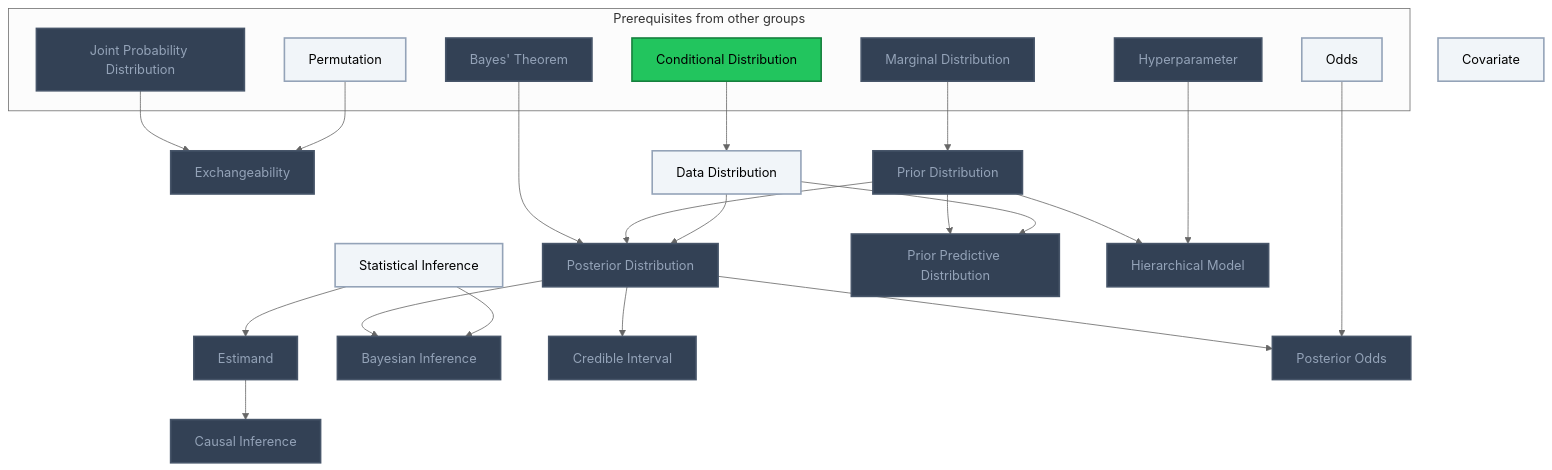
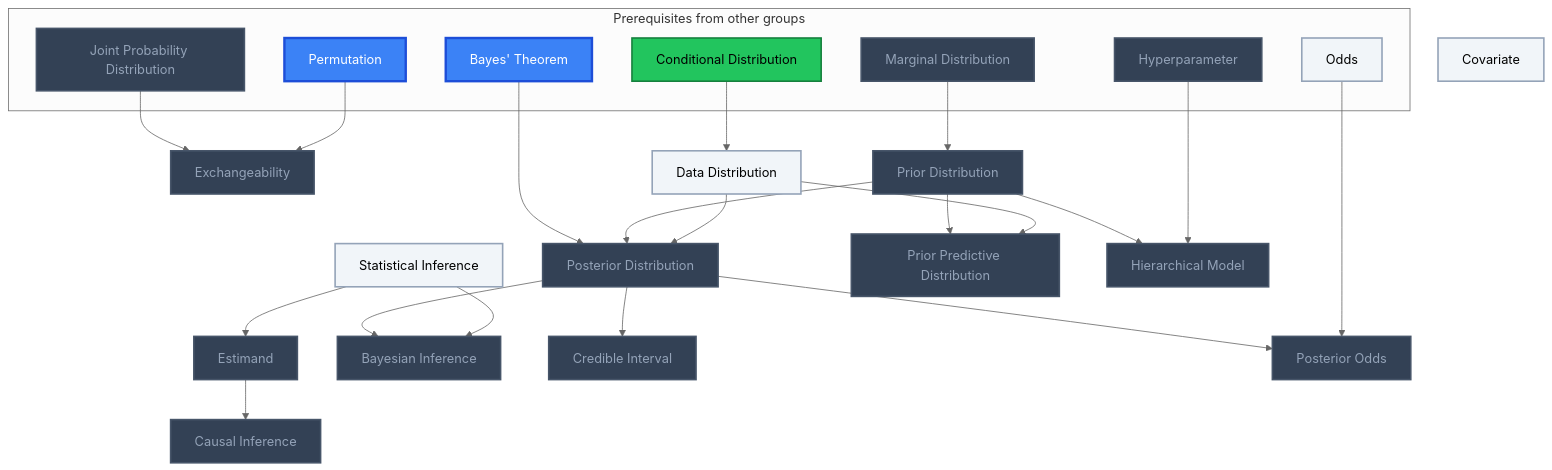
Before and after one commit to MRauf1/My-Notes: the third of 6 diagrams in Gamification/Skill Trees/Bayesian Statistics.md, drawn with Mermaid (neutral theme). The commit also changed other lines of this file and 145 other files, not shown here.

````diff
--- a/Gamification/Skill Trees/Bayesian Statistics.md
+++ b/Gamification/Skill Trees/Bayesian Statistics.md
@@ -68,56 +68,57 @@
 ```mermaid
 flowchart TD
     classDef planned fill:#1E293B,stroke:#64748B,stroke-width:2px,stroke-dasharray:5 5,color:#94A3B8;
     classDef locked fill:#334155,stroke:#475569,stroke-width:2px,color:#94A3B8;
     classDef L0 fill:#F1F5F9,stroke:#94A3B8,stroke-width:2px,color:#000000;
     classDef L1 fill:#22C55E,stroke:#15803D,stroke-width:2px,color:#000000;
     classDef L2 fill:#3B82F6,stroke:#1D4ED8,stroke-width:3px,color:#FFFFFF;
     classDef L3 fill:#A855F7,stroke:#6B21A8,stroke-width:3px,color:#FFFFFF,font-weight:bold;
     classDef L4 fill:#F97316,stroke:#C2410C,stroke-width:4px,color:#000000,font-weight:bold;
     classDef L5 fill:#FFD700,stroke:#FF8C00,stroke-width:5px,color:#000000,font-weight:bold;
     classDef rusty stroke:#8B4513,stroke-width:4px,stroke-dasharray:3 3;
     subgraph sg_prereqs["Prerequisites from other groups"]
         n_joint_probability_distribution["Joint Probability Distribution"]
         n_permutation["Permutation"]
         n_conditional_distribution["Conditional Distribution"]
         n_marginal_distribution["Marginal Distribution"]
         n_bayes_theorem["Bayes' Theorem"]
         n_odds["Odds"]
         n_hyperparameter["Hyperparameter"]
     end
     n_statistical_inference["Statistical Inference"]
     n_estimand["Estimand"]
     n_causal_inference["Causal Inference"]
     n_covariate["Covariate"]
     n_exchangeability["Exchangeability"]
     n_data_distribution["Data Distribution"]
     n_prior_distribution["Prior Distribution"]
     n_posterior_distribution["Posterior Distribution"]
     n_prior_predictive_distribution["Prior Predictive Distribution"]
     n_bayesian_inference["Bayesian Inference"]
     n_credible_interval["Credible Interval"]
     n_posterior_odds["Posterior Odds"]
     n_hierarchical_model["Hierarchical Model"]
     n_statistical_inference --> n_estimand
     n_estimand --> n_causal_inference
     n_joint_probability_distribution --> n_exchangeability
     n_permutation --> n_exchangeability
     n_conditional_distribution --> n_data_distribution
     n_marginal_distribution --> n_prior_distribution
     n_bayes_theorem --> n_posterior_distribution
     n_prior_distribution --> n_posterior_distribution
     n_data_distribution --> n_posterior_distribution
     n_prior_distribution --> n_prior_predictive_distribution
     n_data_distribution --> n_prior_predictive_distribution
     n_posterior_distribution --> n_bayesian_inference
     n_statistical_inference --> n_bayesian_inference
     n_posterior_distribution --> n_credible_interval
     n_posterior_distribution --> n_posterior_odds
     n_odds --> n_posterior_odds
     n_prior_distribution --> n_hierarchical_model
     n_hyperparameter --> n_hierarchical_model
-    class n_joint_probability_distribution,n_marginal_distribution,n_bayes_theorem,n_hyperparameter,n_estimand,n_causal_inference,n_exchangeability,n_prior_distribution,n_posterior_distribution,n_prior_predictive_distribution,n_bayesian_inference,n_credible_interval,n_posterior_odds,n_hierarchical_model locked;
-    class n_permutation,n_odds,n_statistical_inference,n_covariate,n_data_distribution L0;
+    class n_joint_probability_distribution,n_marginal_distribution,n_hyperparameter,n_estimand,n_causal_inference,n_exchangeability,n_prior_distribution,n_posterior_distribution,n_prior_predictive_distribution,n_bayesian_inference,n_credible_interval,n_posterior_odds,n_hierarchical_model locked;
+    class n_odds,n_statistical_inference,n_covariate,n_data_distribution L0;
     class n_conditional_distribution L1;
+    class n_permutation,n_bayes_theorem L2;
     class n_joint_probability_distribution,n_permutation,n_conditional_distribution,n_marginal_distribution,n_bayes_theorem,n_odds,n_hyperparameter,n_statistical_inference,n_estimand,n_causal_inference,n_covariate,n_exchangeability,n_data_distribution,n_prior_distribution,n_posterior_distribution,n_prior_predictive_distribution,n_bayesian_inference,n_credible_interval,n_posterior_odds,n_hierarchical_model internal-link;
 ```
````
